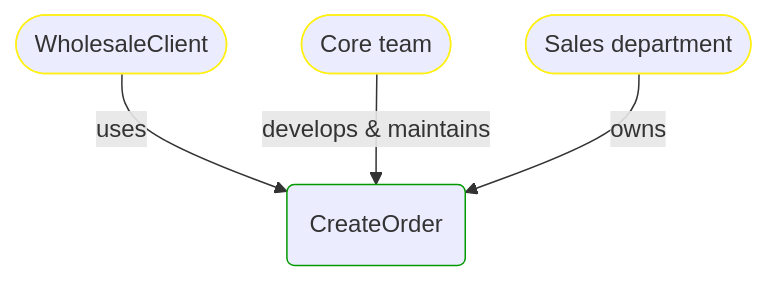
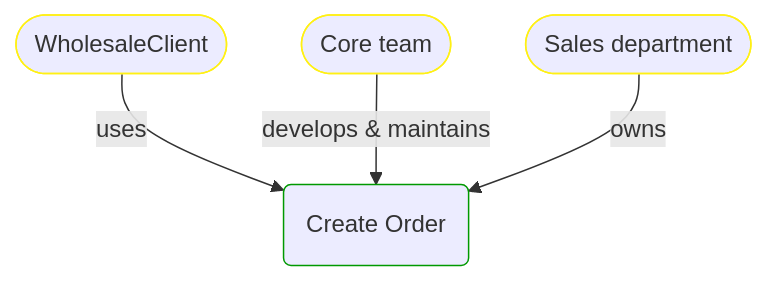
Before and after one commit to itlibrium/DDD-starter-dotnet: the fourth of 4 diagrams in Docs/P3/MermaidOutput/Domain/Concepts/Sales/WholesaleOrdering/ProductPricing/CreateOrder.md, drawn with Mermaid. The commit also changed other lines of this file and 51 other files, not shown here.

````diff
--- a/Docs/P3/MermaidOutput/Domain/Concepts/Sales/WholesaleOrdering/ProductPricing/CreateOrder.md
+++ b/Docs/P3/MermaidOutput/Domain/Concepts/Sales/WholesaleOrdering/ProductPricing/CreateOrder.md
@@ -70,17 +70,17 @@
 ```mermaid
   flowchart TB
-    0(CreateOrder)
+    0(Create Order)
     class 0 DomainPerspective
     1([WholesaleClient])
     class 1 PeoplePerspective
     1-->|uses|0
     2([Core team])
     class 2 PeoplePerspective
     2-->|develops & maintains|0
     3([Sales department])
     class 3 PeoplePerspective
     3-->|owns|0
     classDef DomainPerspective stroke:#009900
     classDef TechnologyPerspective stroke:#1F41EB
     classDef PeoplePerspective stroke:#FFF014
 ```
````
